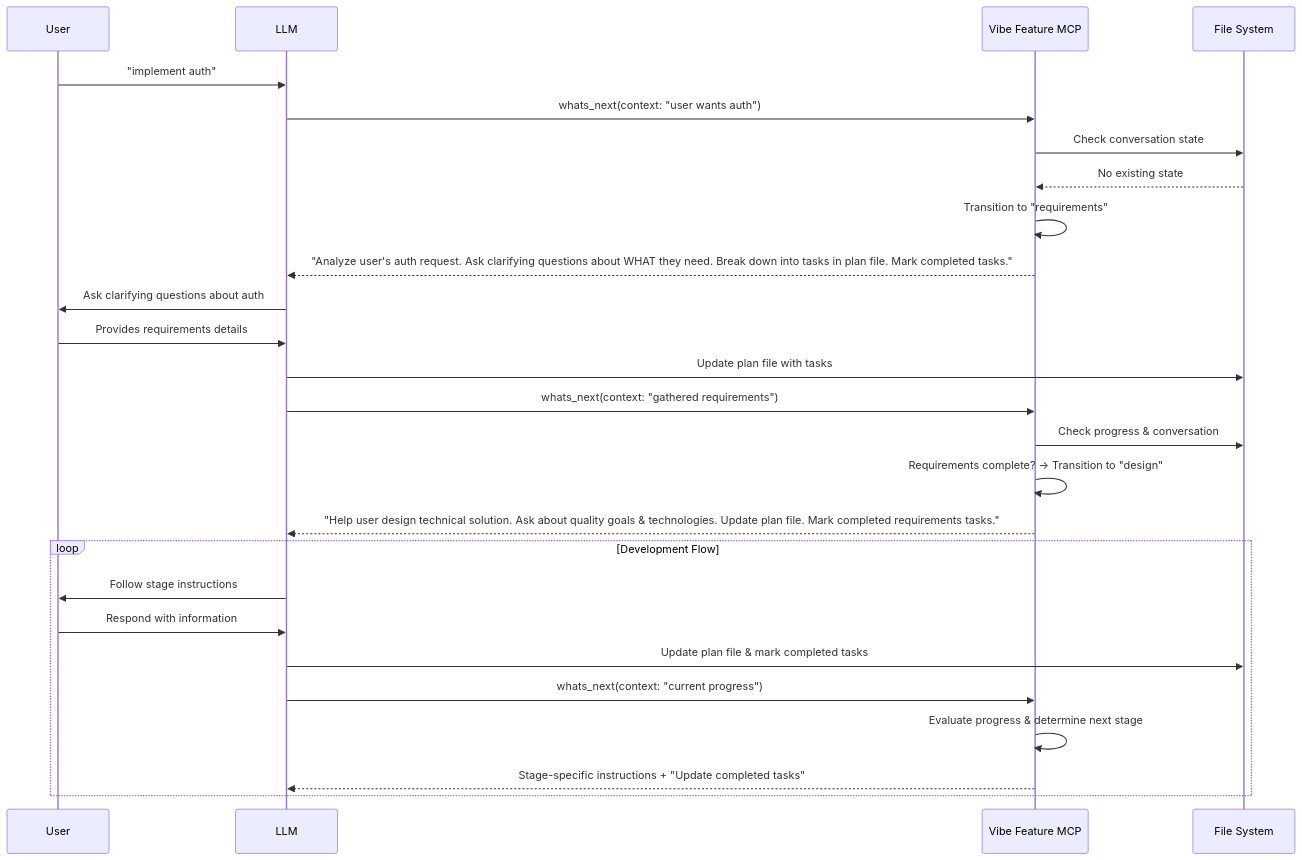
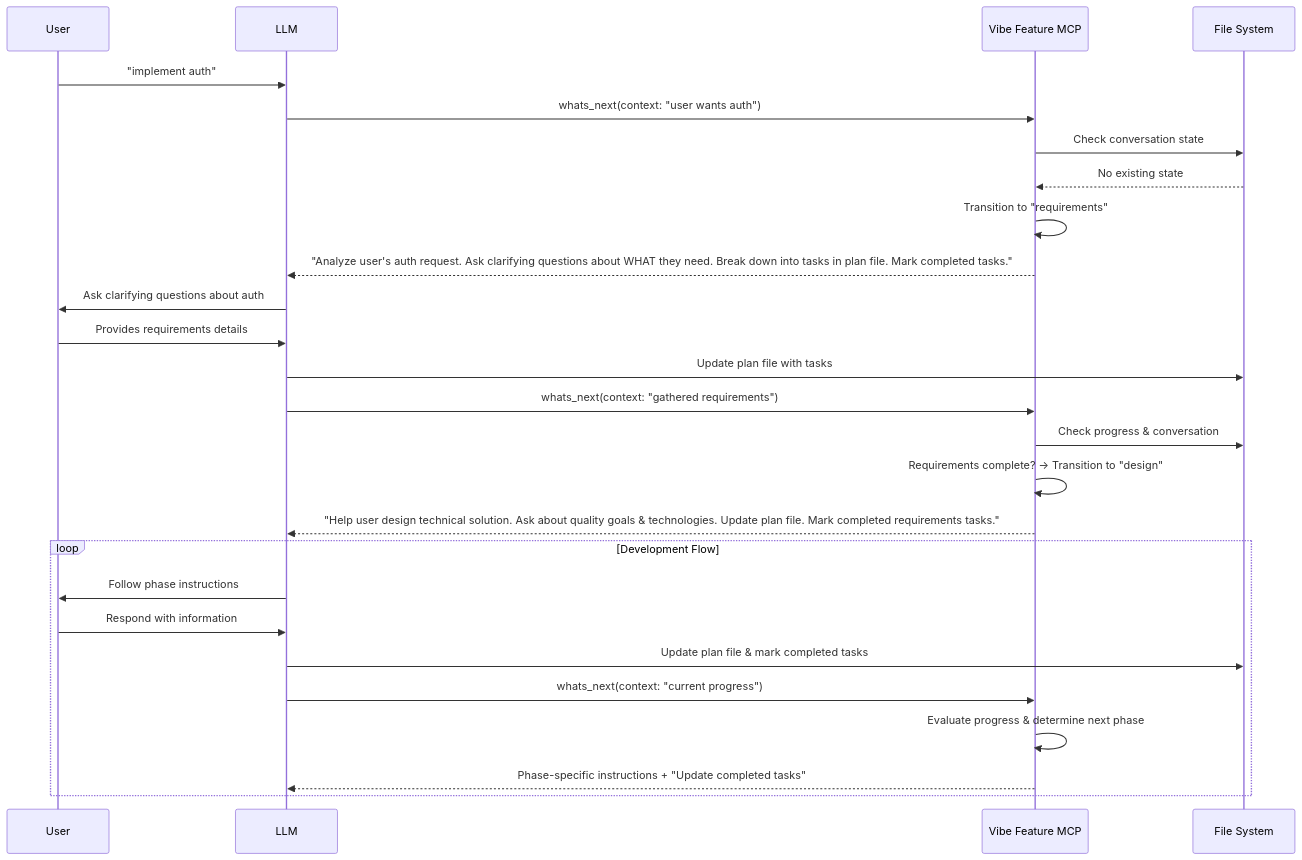
The fourth of 4 diagrams in README.md (yovannyr/responsible-vibe-mcp), drawn with Mermaid before and after one commit. The commit also changed other lines of this file and 28 other files, not shown here.

Commit message:
reword: stage -> phase

````diff
--- a/README.md
+++ b/README.md
@@ -526,32 +526,32 @@
 ```mermaid
 sequenceDiagram
     participant User as User
     participant LLM as LLM
     participant Server as Vibe Feature MCP
     participant FS as File System
     
     User->>LLM: "implement auth"
     LLM->>Server: whats_next(context: "user wants auth")
     Server->>FS: Check conversation state
     FS-->>Server: No existing state
     Server->>Server: Transition to "requirements"
     Server-->>LLM: "Analyze user's auth request. Ask clarifying questions about WHAT they need. Break down into tasks in plan file. Mark completed tasks."
     
     LLM->>User: Ask clarifying questions about auth
     User->>LLM: Provides requirements details
     LLM->>FS: Update plan file with tasks
     LLM->>Server: whats_next(context: "gathered requirements")
     
     Server->>FS: Check progress & conversation
     Server->>Server: Requirements complete? → Transition to "design"
     Server-->>LLM: "Help user design technical solution. Ask about quality goals & technologies. Update plan file. Mark completed requirements tasks."
     
     loop Development Flow
-        LLM->>User: Follow stage instructions
+        LLM->>User: Follow phase instructions
         User->>LLM: Respond with information
         LLM->>FS: Update plan file & mark completed tasks
         LLM->>Server: whats_next(context: "current progress")
-        Server->>Server: Evaluate progress & determine next stage
-        Server-->>LLM: Stage-specific instructions + "Update completed tasks"
+        Server->>Server: Evaluate progress & determine next phase
+        Server-->>LLM: Phase-specific instructions + "Update completed tasks"
     end
 ```
````
